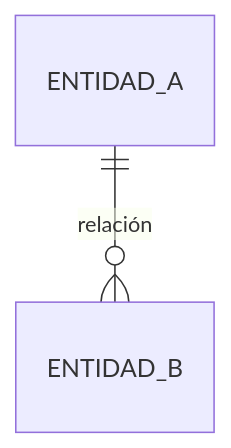
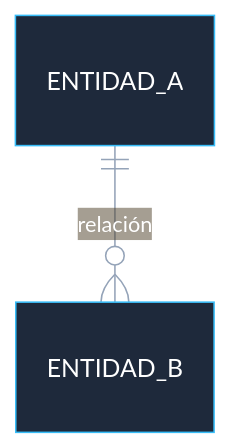
Before and after one commit to ninargue/it-project-orchestrator: the diagram in docs/tech-briefing-template.md, drawn with Mermaid. The commit also changed 18 other files, not shown here.

````diff
--- a/docs/tech-briefing-template.md
+++ b/docs/tech-briefing-template.md
@@ -18,4 +18,5 @@
 ```mermaid
+%%{init: {'theme': 'base', 'themeVariables': { 'primaryColor': '#1e293b', 'primaryTextColor': '#ffffff', 'primaryBorderColor': '#38bdf8', 'lineColor': '#94a3b8' }}}%%
 erDiagram
     ENTIDAD_A ||--o{ ENTIDAD_B : "relación"
 ```
````
